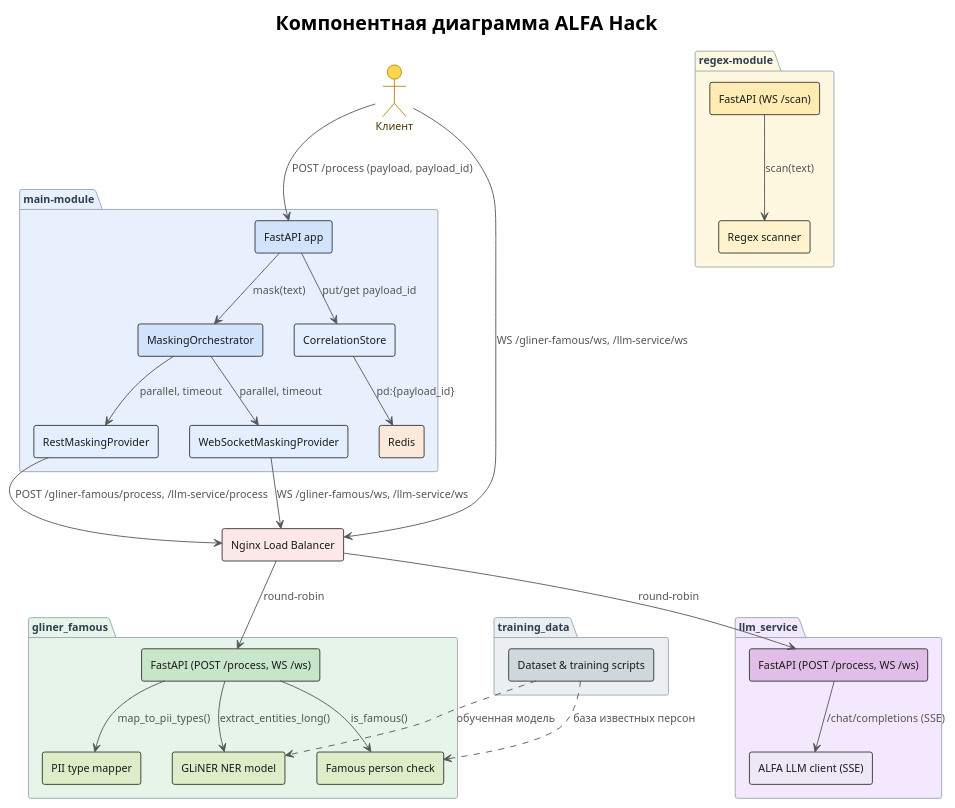
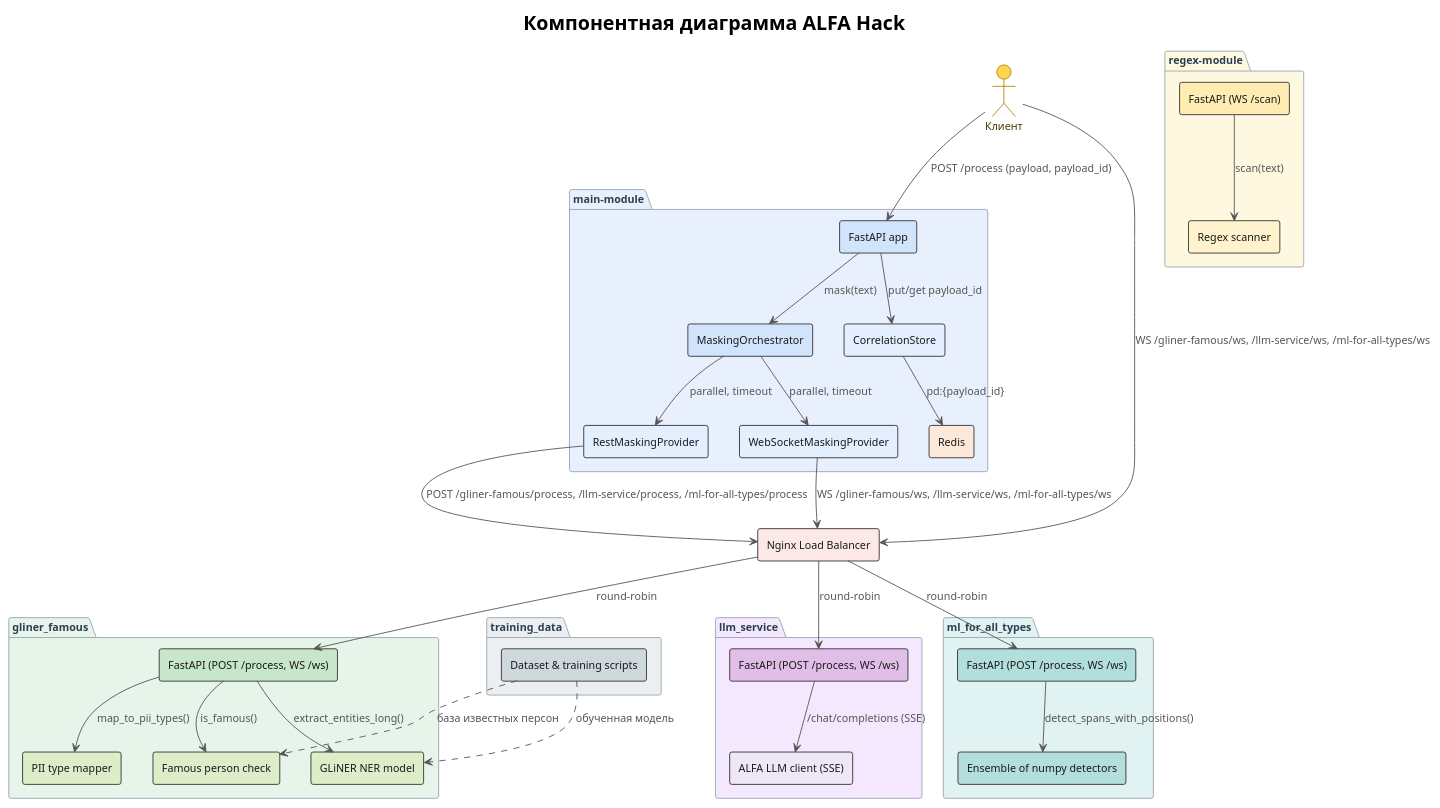
The diagram in docs/component.puml (FightingFox/alfa_hack), drawn with PlantUML before and after one commit. The commit also changed 3 other files, not shown here.

Commit message:
Add ml_for_all_types to architecture diagrams

```diff
--- a/docs/component.puml
+++ b/docs/component.puml
@@ -1,96 +1,104 @@
 @startuml component
 !theme plain
 title Компонентная диаграмма ALFA Hack
 
 skinparam componentStyle rectangle
 skinparam shadowing false
 skinparam defaultFontName "Helvetica"
 skinparam defaultFontSize 12
 skinparam component {
     BackgroundColor #FFFFFF
     BorderColor #333333
     FontColor #1A1A1A
     ArrowColor #555555
 }
 skinparam actor {
     BackgroundColor #FFD54F
     BorderColor #B8860B
     FontColor #4A3B00
 }
 skinparam package {
     BackgroundColor #F5F7FA
     BorderColor #9AA5B1
     FontColor #2C3E50
 }
 skinparam arrow {
     Color #555555
     FontColor #555555
 }
 
 ' ===== Внешние акторы =====
 actor "Клиент" as Client
 
 ' ===== main-module =====
 package "main-module" #E8F0FE {
     component "FastAPI app" as MainApp #D2E3FC
     component "MaskingOrchestrator" as Orchestrator #D2E3FC
     component "RestMaskingProvider" as RestProvider #E3EEFF
     component "WebSocketMaskingProvider" as WsProvider #E3EEFF
     component "CorrelationStore" as Store #E3EEFF
     component "Redis" as Redis #FDE9D9
 }
 
 ' ===== load_balanser =====
 component "Nginx Load Balancer" as LB #FCE8E6
 
 ' ===== gliner_famous =====
 package "gliner_famous" #E6F4EA {
     component "FastAPI (POST /process, WS /ws)" as GlinerApi #C8E6C9
     component "GLiNER NER model" as GlinerModel #DCEDC8
     component "PII type mapper" as PiiMapper #DCEDC8
     component "Famous person check" as FamousCheck #DCEDC8
 }
 
 ' ===== llm_service =====
 package "llm_service" #F3E8FD {
     component "FastAPI (POST /process, WS /ws)" as LlmApi #E1BEE7
     component "ALFA LLM client (SSE)" as LlmClient #EDE7F6
 }
 
+' ===== ml_for_all_types =====
+package "ml_for_all_types" #E0F2F1 {
+    component "FastAPI (POST /process, WS /ws)" as MlApi #B2DFDB
+    component "Ensemble of numpy detectors" as MlEnsemble #B2DFDB
+}
+
 ' ===== regex-module =====
 package "regex-module" #FFF8E1 {
     component "FastAPI (WS /scan)" as RegexApi #FFECB3
     component "Regex scanner" as RegexScan #FFF3CD
 }
 
 ' ===== training_data =====
 package "training_data" #ECEFF1 {
     component "Dataset & training scripts" as Training #CFD8DC
 }
 
 ' ===== Связи =====
 Client --> MainApp : POST /process (payload, payload_id)
-Client --> LB : WS /gliner-famous/ws, /llm-service/ws
+Client --> LB : WS /gliner-famous/ws, /llm-service/ws, /ml-for-all-types/ws
 
 MainApp --> Orchestrator : mask(text)
 Orchestrator --> RestProvider : parallel, timeout
 Orchestrator --> WsProvider : parallel, timeout
-RestProvider --> LB : POST /gliner-famous/process, /llm-service/process
-WsProvider --> LB : WS /gliner-famous/ws, /llm-service/ws
+RestProvider --> LB : POST /gliner-famous/process, /llm-service/process, /ml-for-all-types/process
+WsProvider --> LB : WS /gliner-famous/ws, /llm-service/ws, /ml-for-all-types/ws
 MainApp --> Store : put/get payload_id
 Store --> Redis : pd:{payload_id}
 
 LB --> GlinerApi : round-robin
 LB --> LlmApi : round-robin
+LB --> MlApi : round-robin
 
 GlinerApi --> GlinerModel : extract_entities_long()
 GlinerApi --> PiiMapper : map_to_pii_types()
 GlinerApi --> FamousCheck : is_famous()
 LlmApi --> LlmClient : /chat/completions (SSE)
+MlApi --> MlEnsemble : detect_spans_with_positions()
 
 RegexApi --> RegexScan : scan(text)
 
 Training ..> GlinerModel : обученная модель
 Training ..> FamousCheck : база известных персон
 
 @enduml
```
